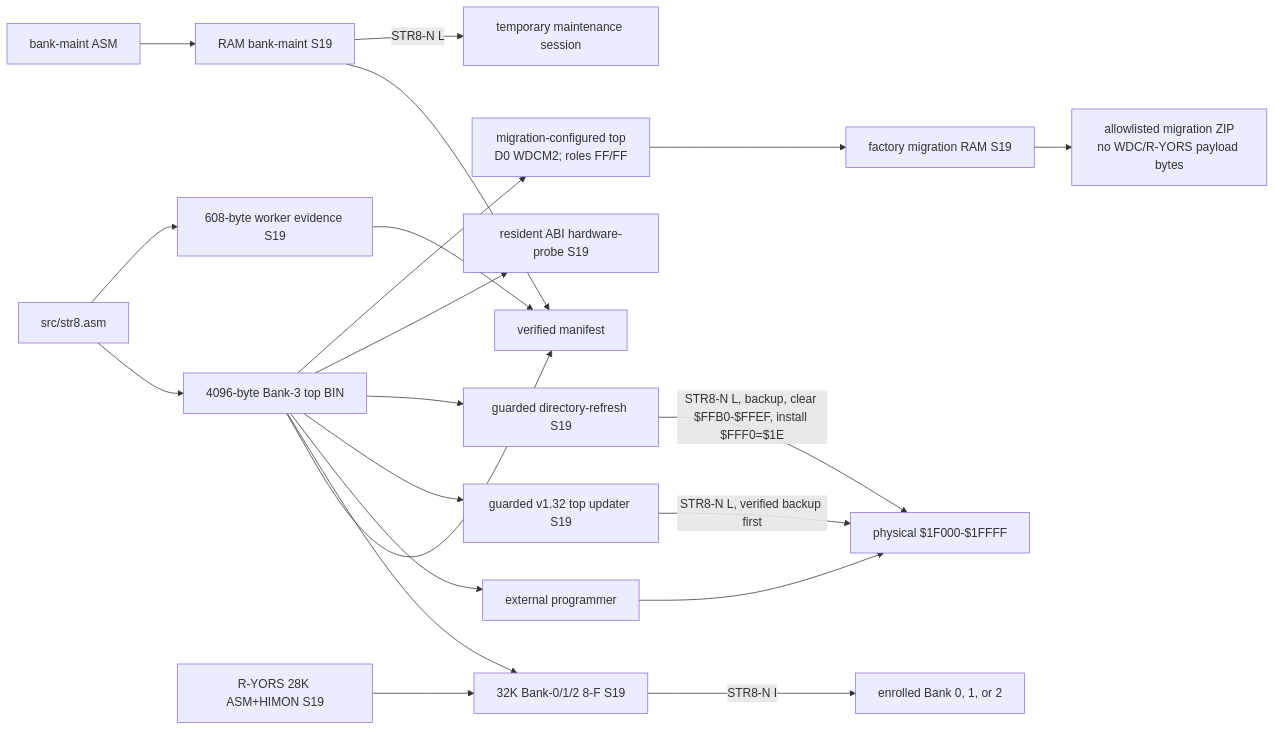
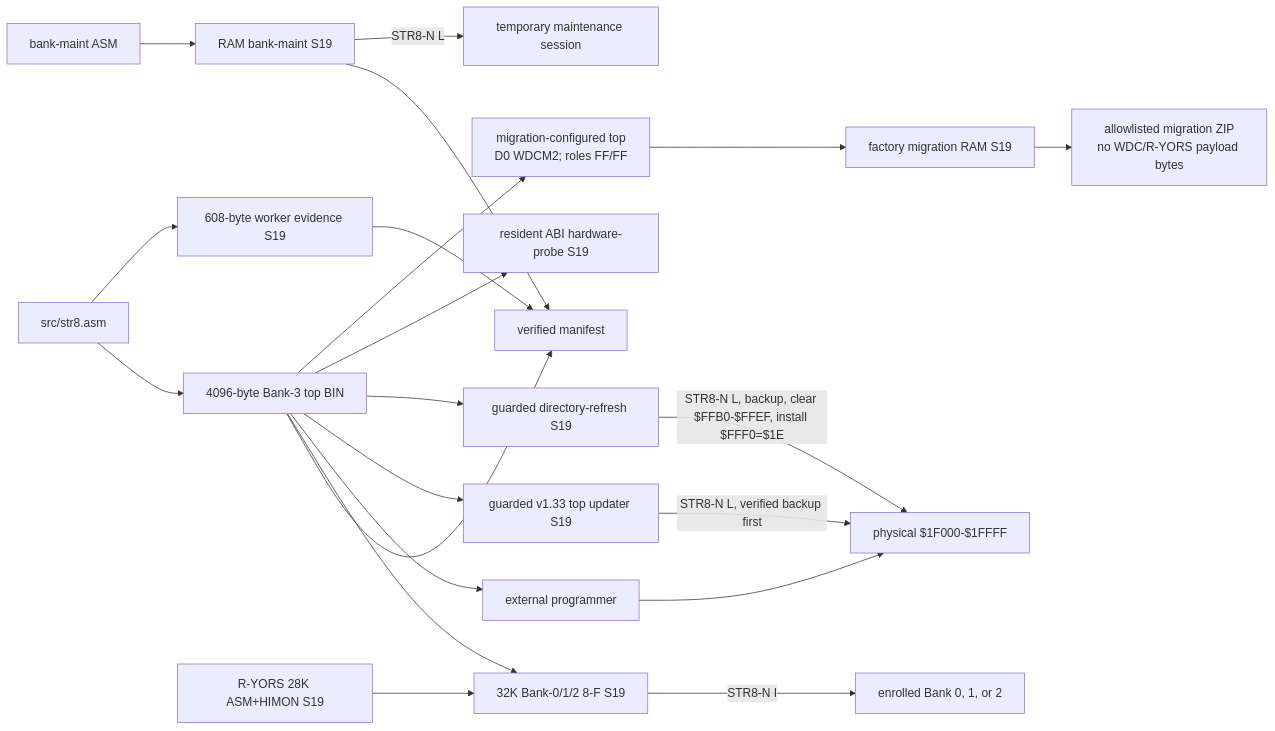
The second of 14 diagrams in docs/MAPS.md (95westus/STR8-N), drawn with Mermaid before and after one commit. The commit also changed other lines of this file and 51 other files, not shown here.

````diff
--- a/docs/MAPS.md
+++ b/docs/MAPS.md
@@ -38,23 +38,23 @@
 ```mermaid
 flowchart LR
     SRC[src/str8.asm] --> TOP[4096-byte Bank-3 top BIN]
     SRC --> WORKER[608-byte worker evidence S19]
     BM_SRC[bank-maint ASM] --> BM[RAM bank-maint S19]
     TOP --> MANIFEST[verified manifest]
     WORKER --> MANIFEST
     BM --> MANIFEST
     RY[R-YORS 28K ASM+HIMON S19] --> FULL[32K Bank-0/1/2 8-F S19]
     TOP --> FULL
     TOP --> PROGRAMMER[external programmer]
     PROGRAMMER --> B3F[physical $1F000-$1FFFF]
-    TOP --> UPDATE[guarded v1.32 top updater S19]
+    TOP --> UPDATE[guarded v1.33 top updater S19]
     UPDATE -->|STR8-N L, verified backup first| B3F
     TOP --> REFRESH[guarded directory-refresh S19]
     REFRESH -->|STR8-N L, backup, clear $FFB0-$FFEF, install $FFF0=$1E| B3F
     TOP --> ABI_TEST[resident ABI hardware-probe S19]
     BM -->|STR8-N L| RAM_TOOL[temporary maintenance session]
     FULL -->|STR8-N I| GUEST[enrolled Bank 0, 1, or 2]
     TOP --> WDC_TOP[migration-configured top<br/>D0 WDCM2; roles FF/FF]
     WDC_TOP --> WDC_INSTALL[factory migration RAM S19]
     WDC_INSTALL --> KIT[allowlisted migration ZIP<br/>no WDC/R-YORS payload bytes]
 ```
````
